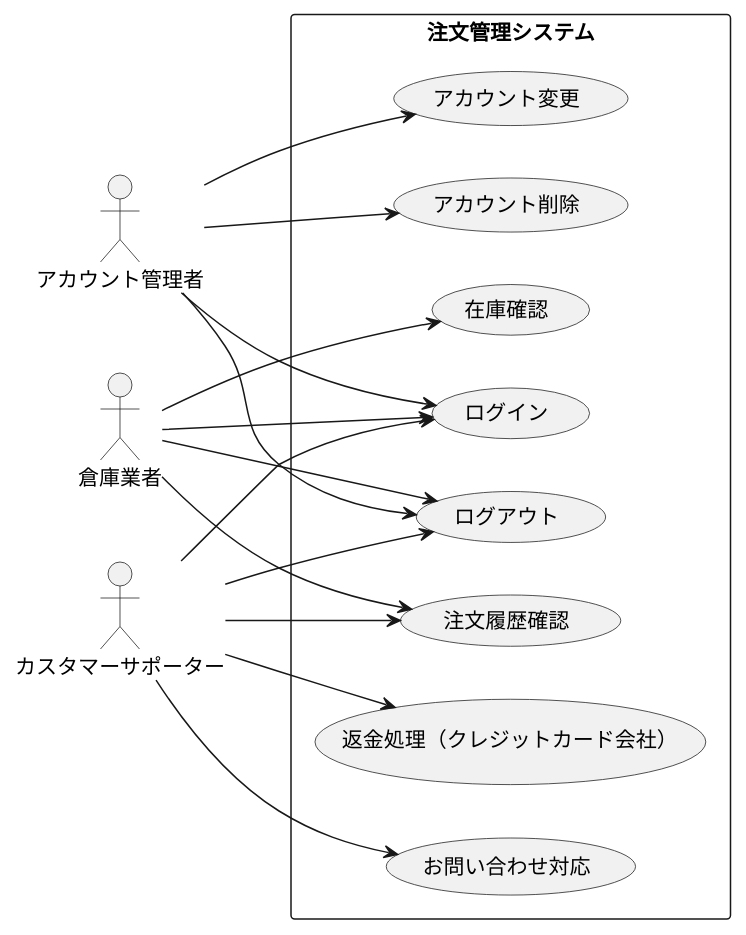
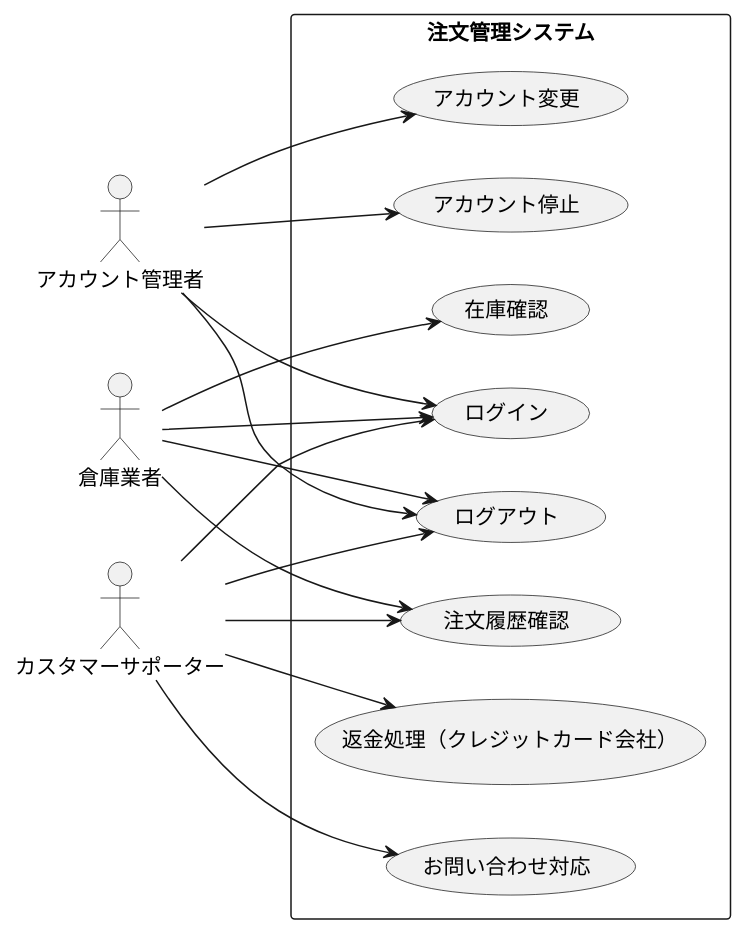
The diagram in group/3-3_総合演習1_BBショップ注文管理システム/ユースケース図/usecase_kanri.pu (ko246/ohara_uml), drawn with PlantUML before and after one commit. The commit also changed 1 other file, not shown here.

Commit message:
ドメインモデル図の修正

```diff
--- a/group/3-3_総合演習1_BBショップ注文管理システム/ユースケース図/usecase_kanri.pu
+++ b/group/3-3_総合演習1_BBショップ注文管理システム/ユースケース図/usecase_kanri.pu
@@ -1,39 +1,39 @@
 @startuml 注文管理システム
 left to right direction
 
 ' アクター定義
 actor アカウント管理者
 actor 倉庫業者
 actor カスタマーサポーター
 
 rectangle 注文管理システム {
   usecase "ログイン" as UC_Login
   usecase "ログアウト" as UC_Logout
   usecase "注文履歴確認" as UC_CheckHistory
   usecase "在庫確認" as UC_CheckStock
   usecase "返金処理（クレジットカード会社）" as UC_Refund
   usecase "お問い合わせ対応" as UC_HandleInquiry
   usecase "アカウント変更" as UC_UpdateAccount
-  usecase "アカウント削除" as UC_DeleteAccount
+  usecase "アカウント停止" as UC_DeleteAccount
 }
 
 ' システム管理者のユースケース
 アカウント管理者 --> UC_Login
 アカウント管理者 --> UC_Logout
 アカウント管理者 --> UC_UpdateAccount
 アカウント管理者 --> UC_DeleteAccount
 
 ' カスタマーサポーターのユースケース
 カスタマーサポーター --> UC_Login
 カスタマーサポーター --> UC_Logout
 カスタマーサポーター --> UC_CheckHistory
 カスタマーサポーター --> UC_Refund
 カスタマーサポーター --> UC_HandleInquiry
 
 ' 配送業者のユースケース
 倉庫業者 --> UC_Login
 倉庫業者 --> UC_Logout
 倉庫業者 --> UC_CheckStock
 倉庫業者 --> UC_CheckHistory
 
 @enduml
```
